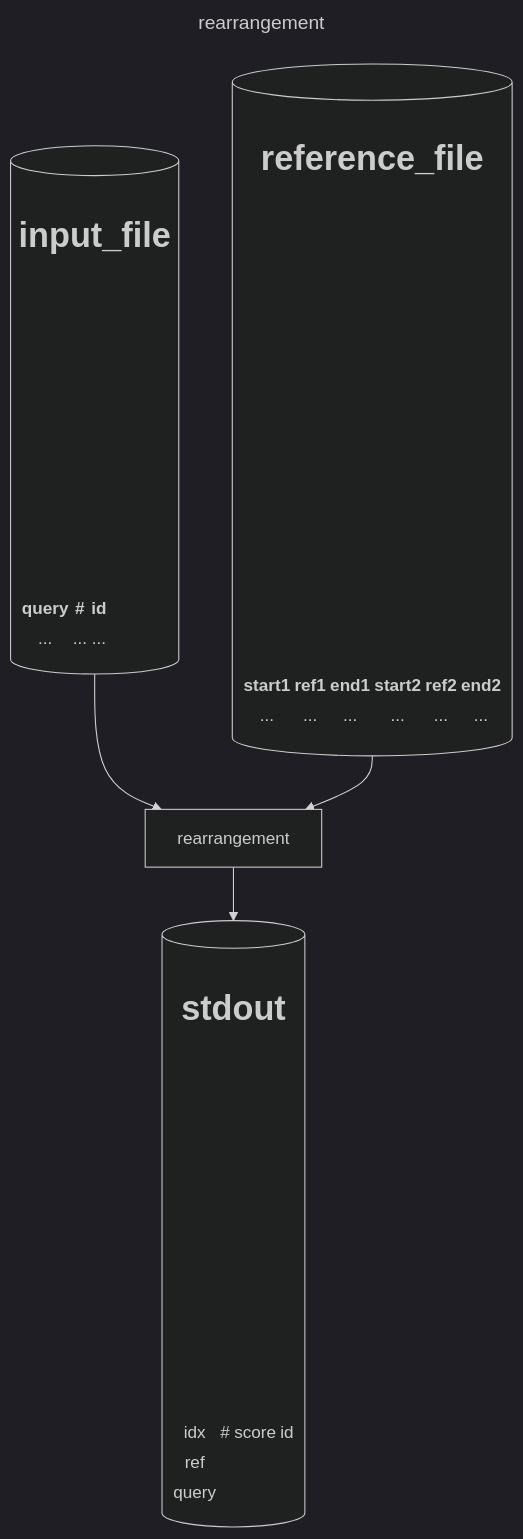
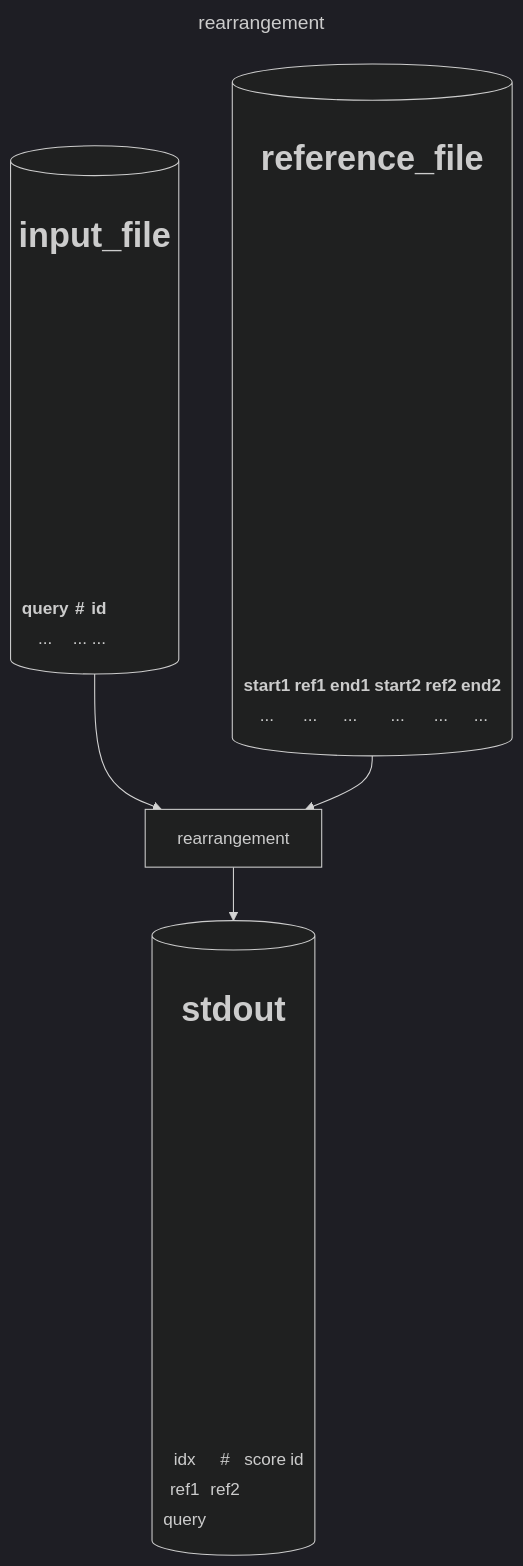
The first of 3 diagrams in docs/core.md (ljw20180420/rearr), drawn with Mermaid (dark theme) before and after one commit. The commit also changed other lines of this file, not shown here.

```diff
--- a/docs/core.md
+++ b/docs/core.md
@@ -28,59 +28,60 @@
 <pre class="mermaid">
 ---
 title: rearrangement
 ---
 flowchart TD
     QUERY[(
         <h1>input_file</h1>
         <table>
             <tr>
                 <th>query</th>
                 <th>#</th>
                 <th>id</th>
             </tr>
             <tr>
                 <td>...</td>
                 <td>...</td>
                 <td>...</td>
             </tr>
         </table>
     )] --> REARR[rearrangement]
     REF[(
         <h1>reference_file</h1>
         <table>
             <tr>
                 <th>start1</th>
                 <th>ref1</th>
                 <th>end1</th>
                 <th>start2</th>
                 <th>ref2</th>
                 <th>end2</th>
             </tr>
             <tr>
                 <td>...</td>
                 <td>...</td>
                 <td>...</td>
                 <td>...</td>
                 <td>...</td>
                 <td>...</td>
             </tr>
         </table>
     )] --> REARR
     REARR --> ALG[(
         <h1>stdout</h1>
         <table>
             <tr>
                 <td>idx</td>
                 <td>#</td>
                 <td>score</td>
                 <td>id</td>
             </tr>
             <tr>
-                <td>ref</td>
+                <td>ref1</td>
+                <td>ref2</td>
             </tr>
             <tr>
                 <td>query</td>
             </tr>
         </table>
     )]
 </pre>
```
